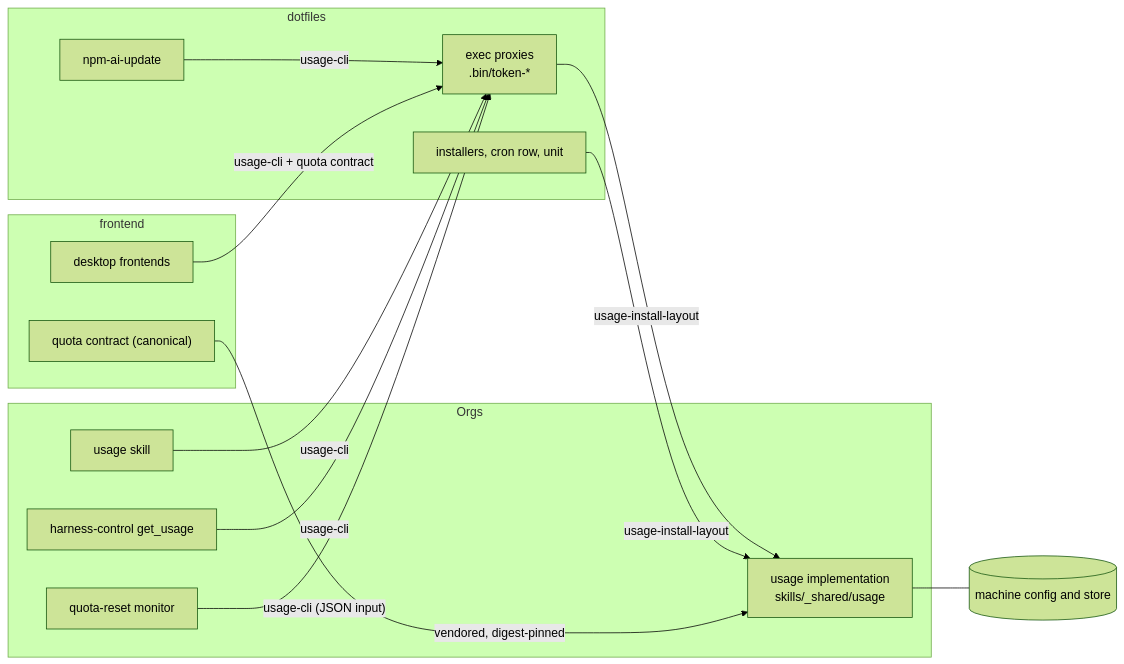
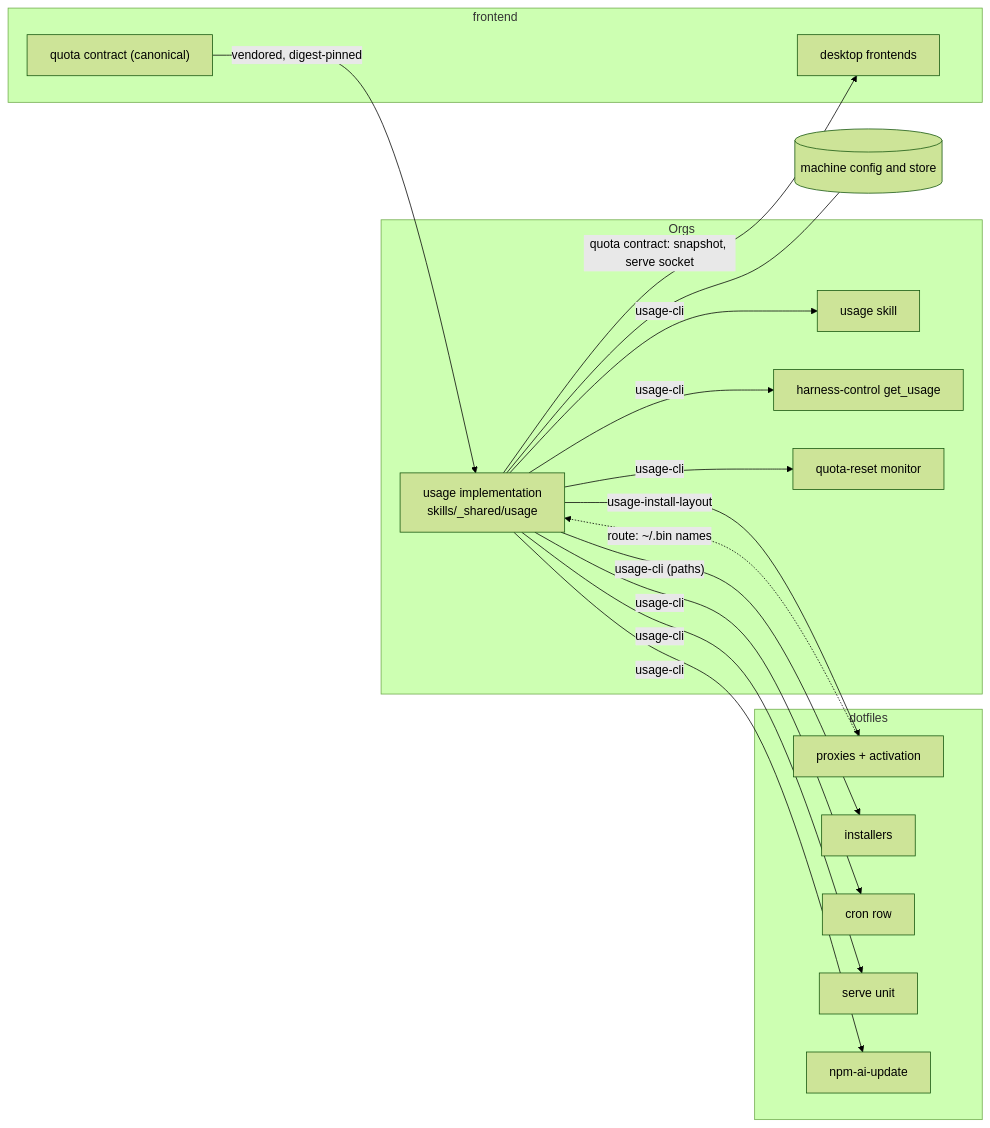
The diagram in docs/specs/usage-tooling-migration.md (tedks/orgs), drawn with Mermaid (forest theme) before and after one commit. The commit also changed other lines of this file and 2 other files, not shown here.

````diff
--- a/docs/specs/usage-tooling-migration.md
+++ b/docs/specs/usage-tooling-migration.md
@@ -127,28 +147,33 @@
 ```mermaid
 graph LR
   subgraph Orgs
     IMPL["usage implementation<br/>skills/_shared/usage"]
     SK["usage skill"]
     HC["harness-control get_usage"]
     QR["quota-reset monitor"]
   end
   subgraph dotfiles
-    PX["exec proxies<br/>.bin/token-*"]
-    INST["installers, cron row, unit"]
+    PX["proxies + activation"]
+    INST["installers"]
+    CRON["cron row"]
+    UNIT["serve unit"]
     NPM["npm-ai-update"]
   end
   subgraph frontend
     CT["quota contract (canonical)"]
     FE["desktop frontends"]
   end
   STORE[("machine config and store")]
-  PX -- "usage-install-layout" --> IMPL
-  INST -- "usage-install-layout" --> IMPL
-  SK -- "usage-cli" --> PX
-  HC -- "usage-cli" --> PX
-  QR -- "usage-cli (JSON input)" --> PX
-  NPM -- "usage-cli" --> PX
-  FE -- "usage-cli + quota contract" --> PX
+  IMPL -- "usage-cli" --> SK
+  IMPL -- "usage-cli" --> HC
+  IMPL -- "usage-cli" --> QR
+  IMPL -- "usage-cli" --> NPM
+  IMPL -- "usage-cli" --> CRON
+  IMPL -- "usage-cli" --> UNIT
+  IMPL -- "usage-cli (paths)" --> INST
+  IMPL -- "quota contract: snapshot, serve socket" --> FE
   CT -- "vendored, digest-pinned" --> IMPL
+  IMPL -- "usage-install-layout" --> PX
+  PX -. "route: ~/.bin names" .-> IMPL
   IMPL --- STORE
 ```
````
